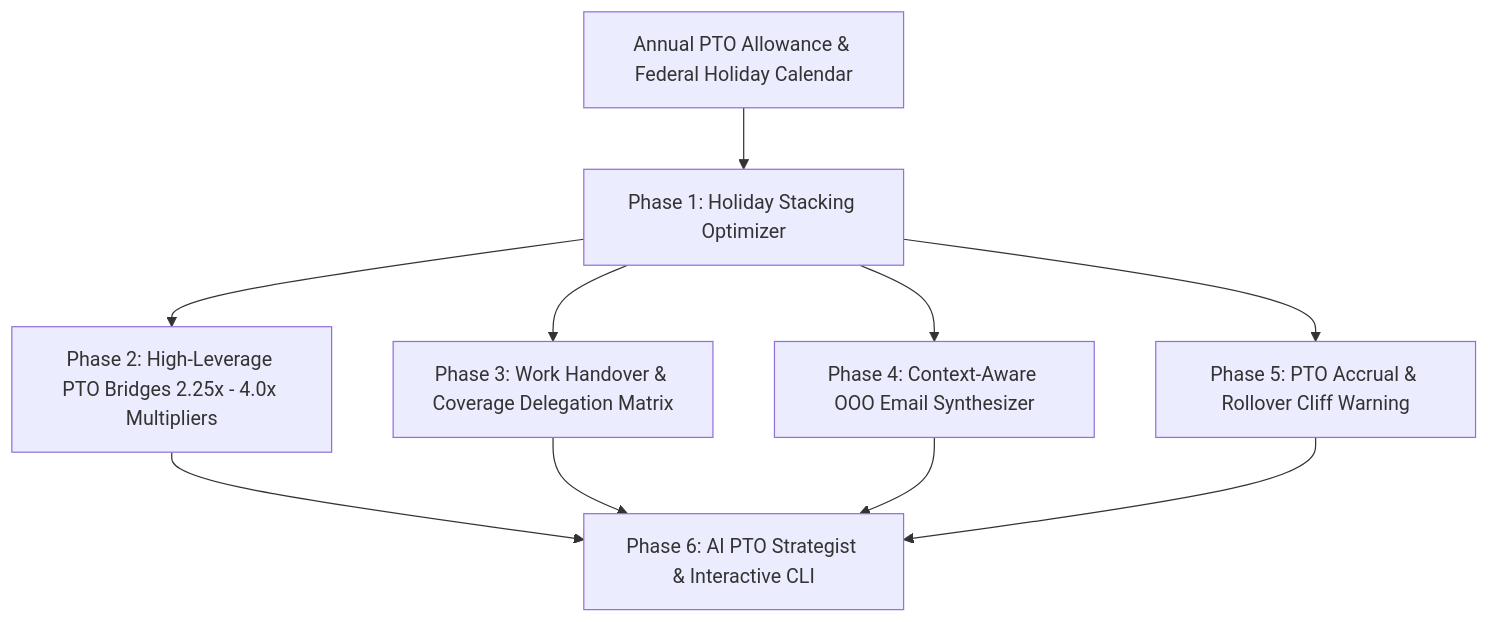
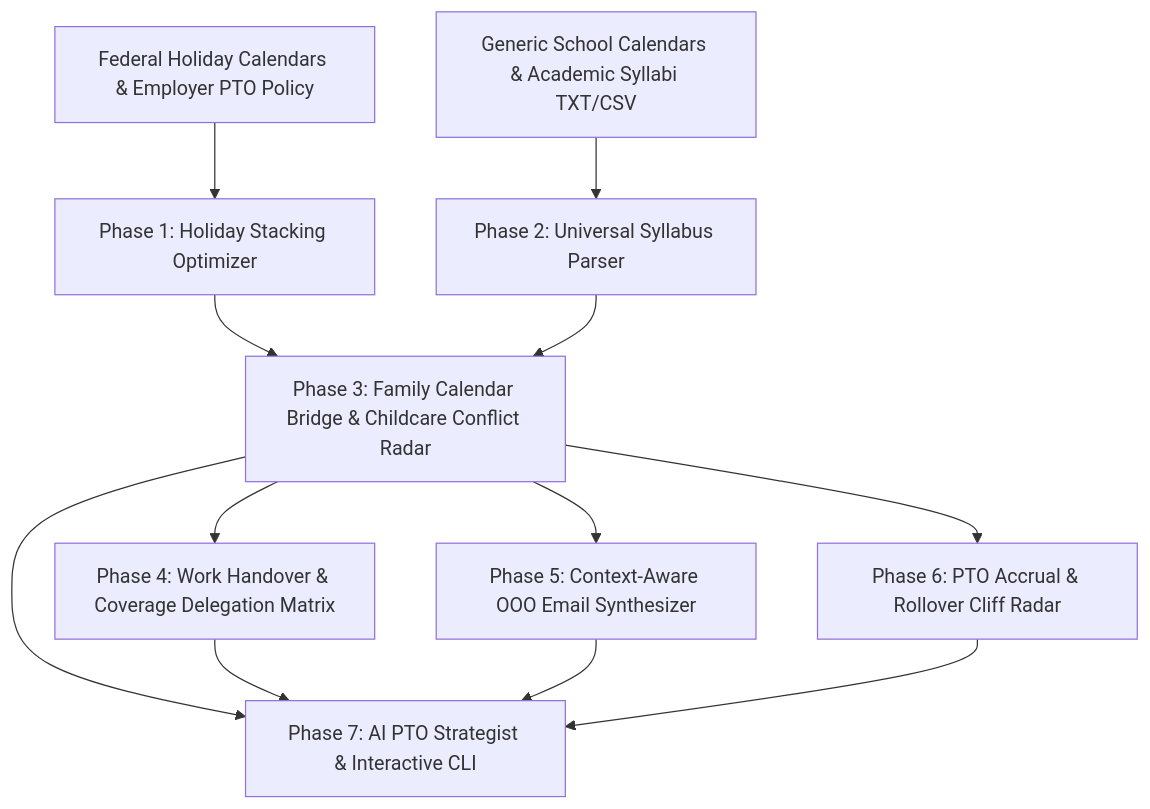
The diagram in README.md (Muybi3n/AI_Projects), drawn with Mermaid before and after one commit. The commit also changed other lines of this file and 7 other files, not shown here.

Commit message:
feat: add universal syllabus & school calendar parser, childcare conflict radar, and family vacation bridge

````diff
--- a/README.md
+++ b/README.md
@@ -30,11 +31,12 @@
 ```mermaid
 graph TD
-    A[Annual PTO Allowance & Federal Holiday Calendar] --> B[Phase 1: Holiday Stacking Optimizer]
+    A[Federal Holiday Calendars & Employer PTO Policy] --> B[Phase 1: Holiday Stacking Optimizer]
+    S[Generic School Calendars & Academic Syllabi TXT/CSV] --> B2[Phase 2: Universal Syllabus Parser]
     
-    B --> C[Phase 2: High-Leverage PTO Bridges 2.25x - 4.0x Multipliers]
-    B --> D[Phase 3: Work Handover & Coverage Delegation Matrix]
-    B --> E[Phase 4: Context-Aware OOO Email Synthesizer]
-    B --> F[Phase 5: PTO Accrual & Rollover Cliff Warning]
+    B & B2 --> C[Phase 3: Family Calendar Bridge & Childcare Conflict Radar]
+    C --> D[Phase 4: Work Handover & Coverage Delegation Matrix]
+    C --> E[Phase 5: Context-Aware OOO Email Synthesizer]
+    C --> F[Phase 6: PTO Accrual & Rollover Cliff Radar]
     
-    C & D & E & F --> G[Phase 6: AI PTO Strategist & Interactive CLI]
+    C & D & E & F --> G[Phase 7: AI PTO Strategist & Interactive CLI]
 ```
````
